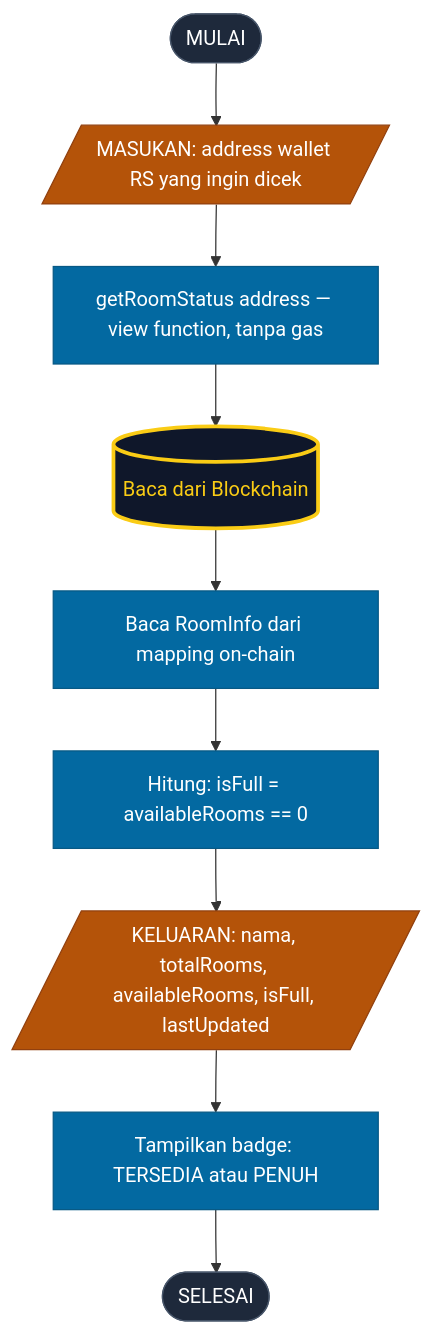
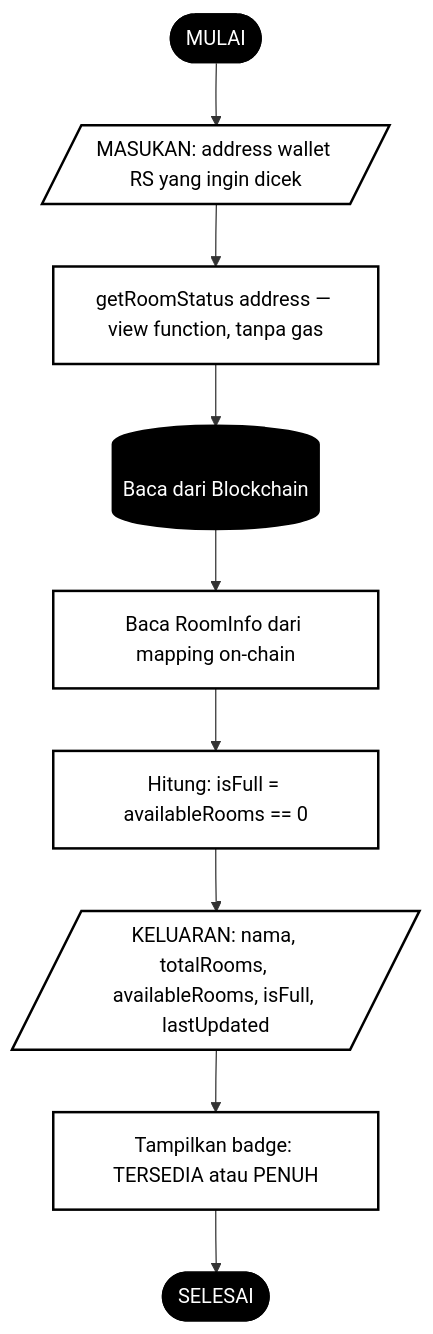
The fifth of 7 diagrams in readme/capstone_blockchain.md (abuab234/Status-Ketersediaan-Kamar-RS), drawn with Mermaid before and after one commit. The commit also changed other lines of this file, not shown here.

````diff
--- a/readme/capstone_blockchain.md
+++ b/readme/capstone_blockchain.md
@@ -256,21 +256,21 @@
 ```mermaid
 flowchart TD
     C1([MULAI]) --> C2[/"MASUKAN: address wallet RS yang ingin dicek"/]
     C2 --> C3["getRoomStatus address — view function, tanpa gas"]
     C3 --> CDB[("Baca dari Blockchain")]
     CDB --> C4["Baca RoomInfo dari mapping on-chain"]
     C4 --> C5["Hitung: isFull = availableRooms == 0"]
     C5 --> C6[/"KELUARAN: nama, totalRooms, availableRooms, isFull, lastUpdated"/]
     C6 --> C7["Tampilkan badge: TERSEDIA atau PENUH"]
     C7 --> C8([SELESAI])
 
-    style C1 fill:#1e293b,color:#fff,stroke:#475569
-    style C8 fill:#1e293b,color:#fff,stroke:#475569
-    style C3 fill:#0369a1,color:#fff,stroke:#075985
-    style C4 fill:#0369a1,color:#fff,stroke:#075985
-    style C5 fill:#0369a1,color:#fff,stroke:#075985
-    style C7 fill:#0369a1,color:#fff,stroke:#075985
-    style C2 fill:#b45309,color:#fff,stroke:#92400e
-    style C6 fill:#b45309,color:#fff,stroke:#92400e
-    style CDB fill:#0f172a,color:#facc15,stroke:#facc15,stroke-width:3px
+    style C1 fill:#000,color:#fff,stroke:#000
+    style C8 fill:#000,color:#fff,stroke:#000
+    style C3 fill:#fff,color:#000,stroke:#000,stroke-width:2px
+    style C4 fill:#fff,color:#000,stroke:#000,stroke-width:2px
+    style C5 fill:#fff,color:#000,stroke:#000,stroke-width:2px
+    style C7 fill:#fff,color:#000,stroke:#000,stroke-width:2px
+    style C2 fill:#fff,color:#000,stroke:#000,stroke-width:2px
+    style C6 fill:#fff,color:#000,stroke:#000,stroke-width:2px
+    style CDB fill:#000,color:#fff,stroke:#000,stroke-width:3px
 ```
````
